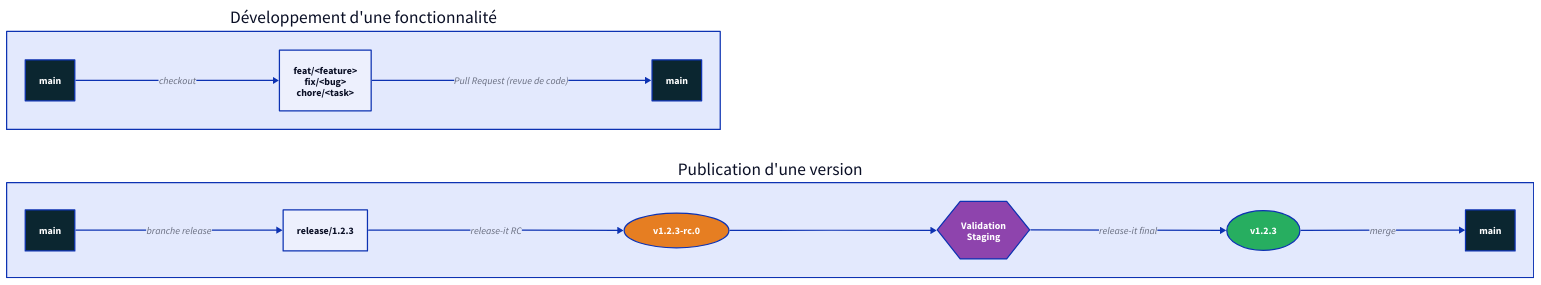
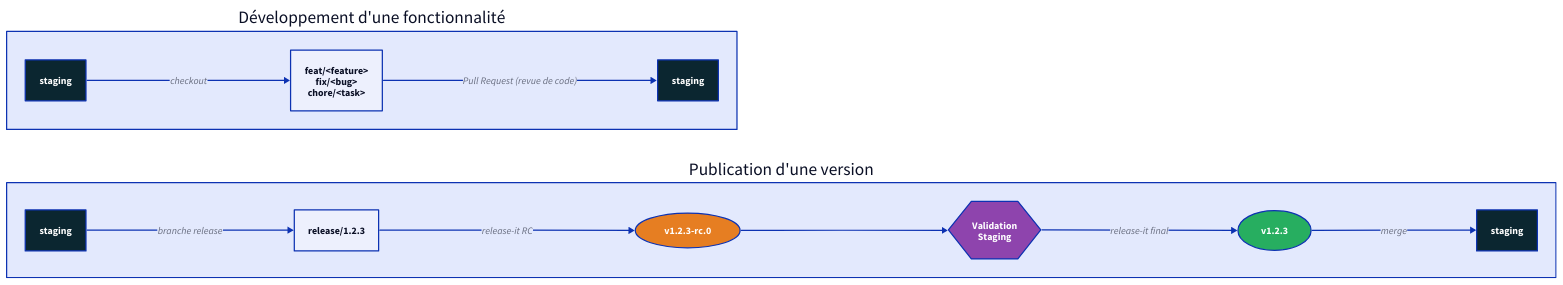
Before and after one commit to TomPlanche/first-year-thesis: the diagram in assets/d2/git_workflow.d2, drawn with D2. The commit also changed 4 other files, not shown here.

```diff
--- a/assets/d2/git_workflow.d2
+++ b/assets/d2/git_workflow.d2
@@ -1,53 +1,53 @@
 direction: right
 
 fonctionnalite: "Développement d'une fonctionnalité" {
   direction: right
 
-  m1: "main" {
+  m1: "staging" {
     style.fill: "#0B2630"
     style.font-color: white
   }
   feat: "feat/<feature>\nfix/<bug>\nchore/<task>" {shape: rectangle}
-  m2: "main" {
+  m2: "staging" {
     style.fill: "#0B2630"
     style.font-color: white
   }
 
   m1 -> feat: "checkout"
   feat -> m2: "Pull Request (revue de code)"
 }
 
 publication: "Publication d'une version" {
   direction: right
 
-  m3: "main" {
+  m3: "staging" {
     style.fill: "#0B2630"
     style.font-color: white
   }
   release: "release/1.2.3" {shape: rectangle}
   rc: "v1.2.3-rc.0" {
     shape: oval
     style.fill: "#e67e22"
     style.font-color: white
   }
   staging: "Validation\nStaging" {
     shape: hexagon
     style.fill: "#8e44ad"
     style.font-color: white
   }
   tag: "v1.2.3" {
     shape: oval
     style.fill: "#27ae60"
     style.font-color: white
   }
-  m4: "main" {
+  m4: "staging" {
     style.fill: "#0B2630"
     style.font-color: white
   }
 
   m3 -> release: "branche release"
   release -> rc: "release-it RC"
   rc -> staging
   staging -> tag: "release-it final"
   tag -> m4: "merge"
 }
```
